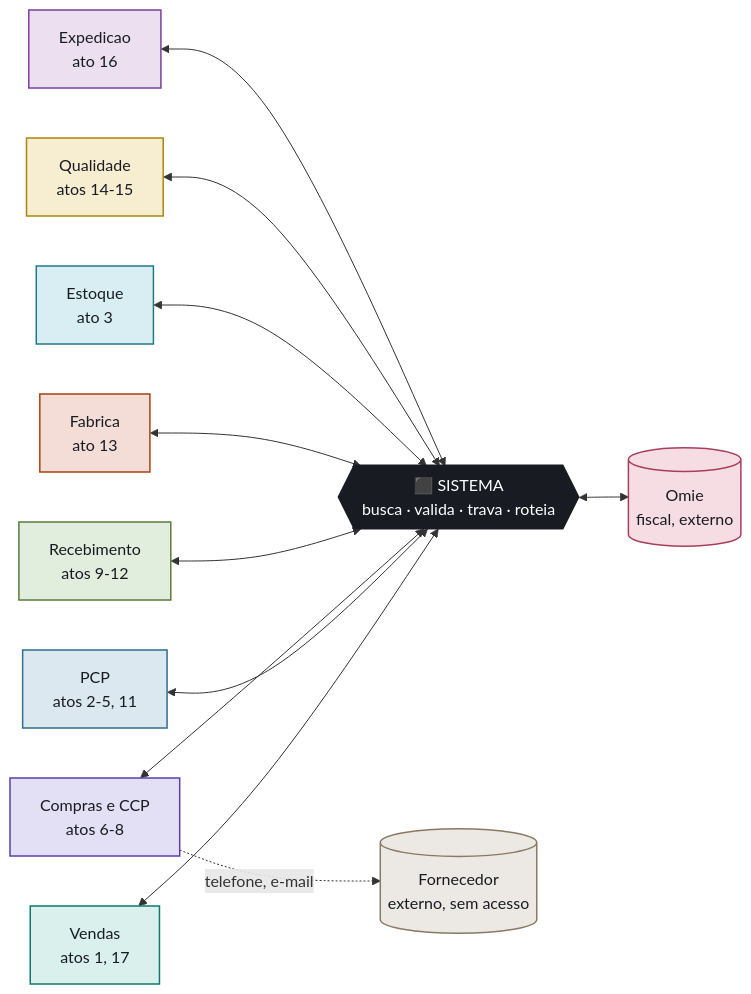
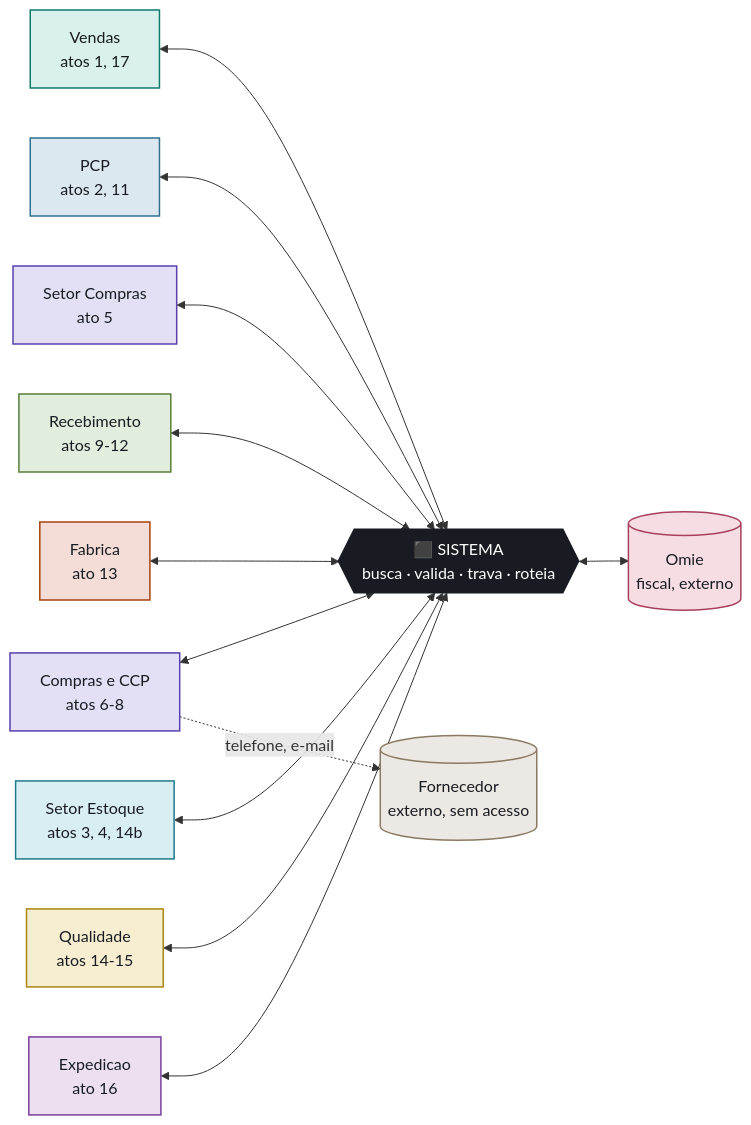
Before and after one commit to Acosvital/vault-avhub-mer: the second of 3 diagrams in 01-Fluxo-Operacional/Fluxo-Sistema-no-Meio.md, drawn with Mermaid. The commit also changed other lines of this file and 36 other files, not shown here.

First line of the commit message:
Encaixe do Estoque e da Revenda no fluxo do PCP (MES)

````diff
--- a/01-Fluxo-Operacional/Fluxo-Sistema-no-Meio.md
+++ b/01-Fluxo-Operacional/Fluxo-Sistema-no-Meio.md
@@ -62,40 +63,43 @@
 ```mermaid
 %%{init: {'theme': 'base', 'themeVariables': {'primaryColor': '#ffffff', 'primaryTextColor': '#181c22', 'primaryBorderColor': '#33475a', 'lineColor': '#5c6570', 'fontFamily': 'Source Sans 3, sans-serif', 'fontSize': '14px'}, 'flowchart': {'nodeSpacing': 30, 'rankSpacing': 50}}%%
 flowchart LR
     VEN[Vendas<br/>atos 1, 17]
-    PCP[PCP<br/>atos 2-5, 11]
+    PCP[PCP<br/>atos 2, 11]
+    SCO[Setor Compras<br/>ato 5]
     COM[Compras e CCP<br/>atos 6-8]
     REC[Recebimento<br/>atos 9-12]
     FAB[Fabrica<br/>ato 13]
-    EST[Estoque<br/>ato 3]
+    EST[Setor Estoque<br/>atos 3, 4, 14b]
     QUA[Qualidade<br/>atos 14-15]
     EXP[Expedicao<br/>ato 16]
 
     SIS{{"⬛ SISTEMA<br/>busca · valida · trava · roteia"}}
 
     OMIE[(Omie<br/>fiscal, externo)]
     FORN[(Fornecedor<br/>externo, sem acesso)]
 
     VEN <--> SIS
     PCP <--> SIS
+    SCO <--> SIS
     COM <--> SIS
     REC <--> SIS
     FAB <--> SIS
     EST <--> SIS
     QUA <--> SIS
     EXP <--> SIS
     SIS <--> OMIE
     COM -. telefone, e-mail .-> FORN
 
     style SIS fill:#181c22,stroke:#181c22,stroke-width:2px,color:#ffffff
     style VEN fill:#d9f0ec,stroke:#0f7a6b,stroke-width:1.5px,color:#181c22
     style PCP fill:#dce8ef,stroke:#2f6f8f,stroke-width:1.5px,color:#181c22
     style COM fill:#e3e0f5,stroke:#5b3fae,stroke-width:1.5px,color:#181c22
+    style SCO fill:#e3e0f5,stroke:#5b3fae,stroke-width:1.5px,color:#181c22
     style REC fill:#e1eede,stroke:#5a7d3a,stroke-width:1.5px,color:#181c22
     style FAB fill:#f3ddd6,stroke:#a8420f,stroke-width:1.5px,color:#181c22
     style EST fill:#d9eef2,stroke:#1f7a8c,stroke-width:1.5px,color:#181c22
     style QUA fill:#f7edd0,stroke:#a8860f,stroke-width:1.5px,color:#181c22
     style EXP fill:#ece0f0,stroke:#7a3f9e,stroke-width:1.5px,color:#181c22
     style OMIE fill:#f6dde4,stroke:#a83f5c,stroke-width:1.5px,color:#181c22
     style FORN fill:#ece8e3,stroke:#8a7a63,stroke-width:1.5px,color:#181c22
 ```
````
